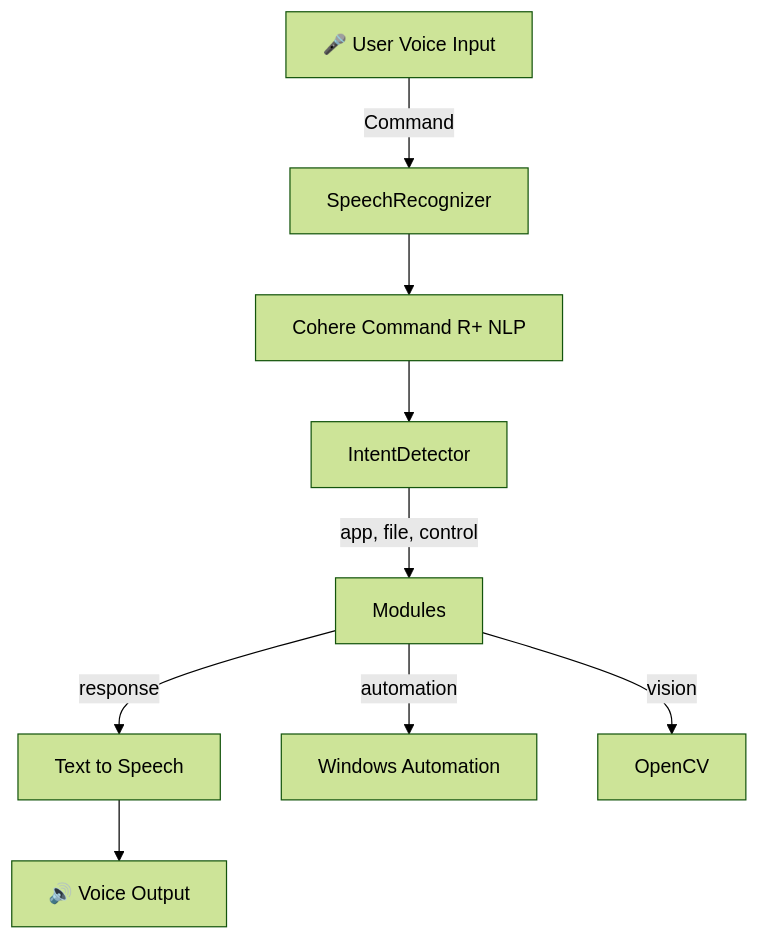
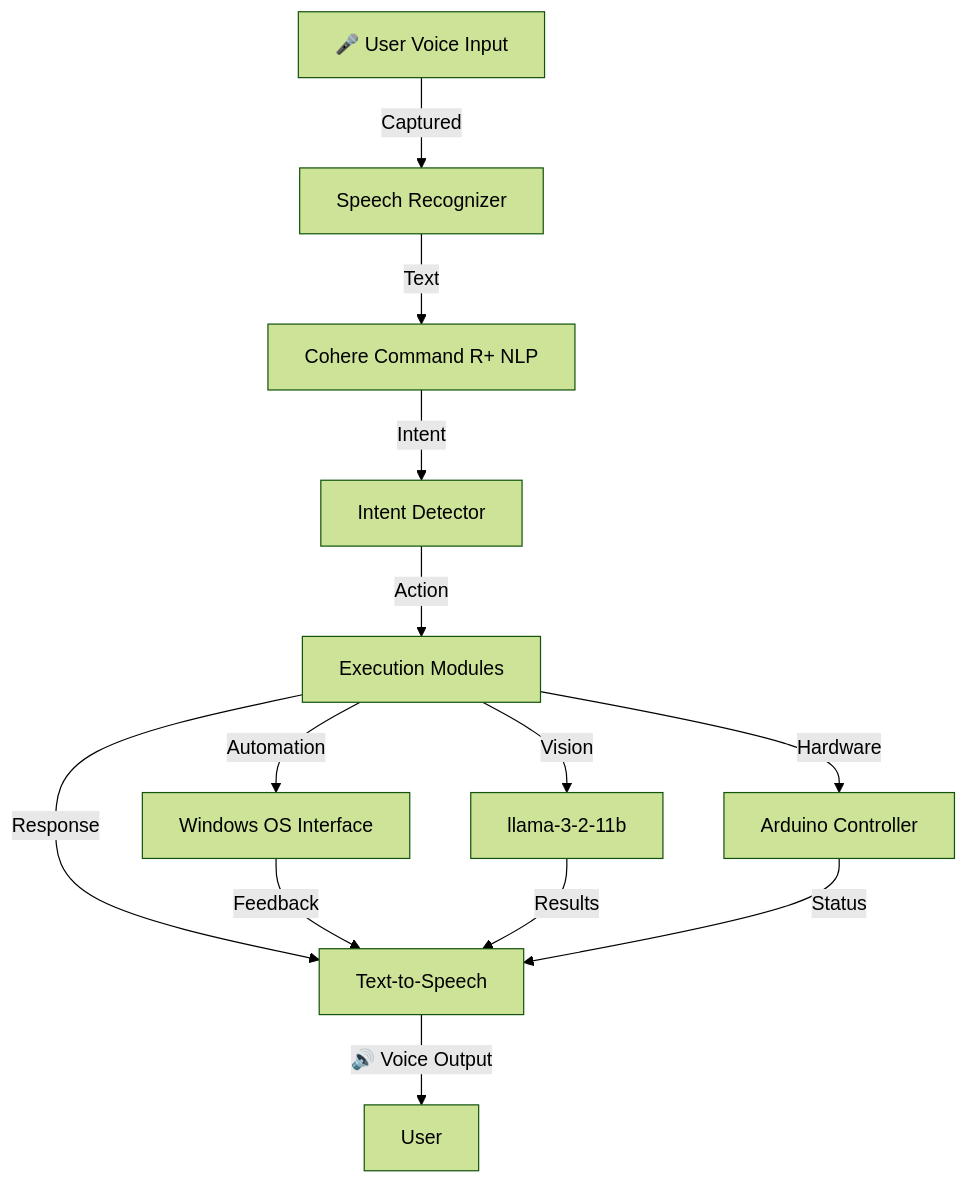
Before and after one commit to CodedByKAns/Project-JARVIS: the diagram in README.md, drawn with Mermaid (forest theme). The commit also changed other lines of this file, not shown here.

`````diff
--- a/README.md
+++ b/README.md
@@ -35,12 +52,15 @@
 ```mermaid
 graph TD
-    User[🎤 User Voice Input]
-    User -->|Command| SpeechRecognizer
-    SpeechRecognizer --> NLP[Cohere Command R+ NLP]
-    NLP --> IntentDetector
-    IntentDetector -->|app, file, control| Modules
-    Modules -->|response| TTS[Text to Speech]
-    Modules -->|automation| OSInterface[Windows Automation]
-    Modules -->|vision| ComputerVision[OpenCV]
-    TTS --> Speaker[🔊 Voice Output]
-````
+    A[🎤 User Voice Input] -->|Captured| B[Speech Recognizer]
+    B -->|Text| C[Cohere Command R+ NLP]
+    C -->|Intent| D[Intent Detector]
+    D -->|Action| E[Execution Modules]
+    E -->|Automation| F[Windows OS Interface]
+    E -->|Vision| G[llama-3-2-11b]
+    E -->|Hardware| H[Arduino Controller]
+    E -->|Response| I[Text-to-Speech]
+    I -->|🔊 Voice Output| J[User]
+    F -->|Feedback| I
+    G -->|Results| I
+    H -->|Status| I
+```
`````
